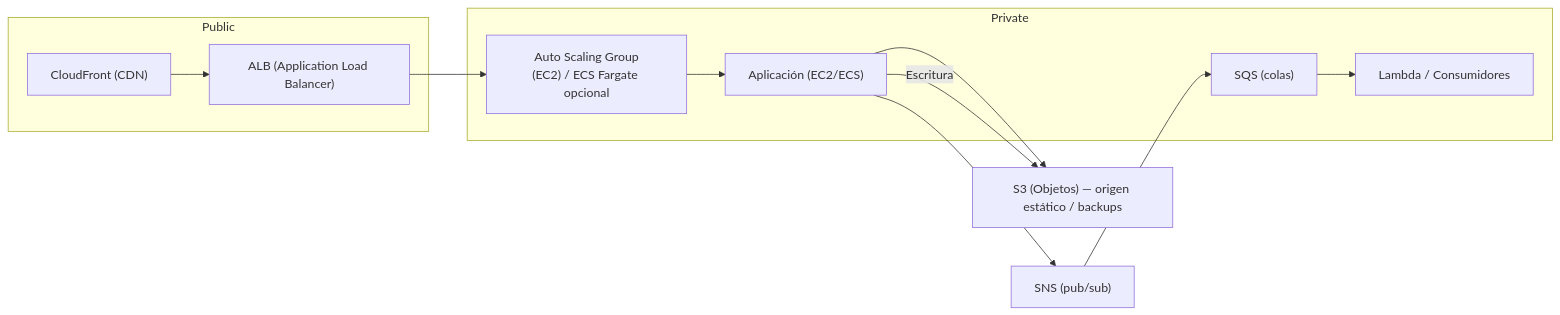
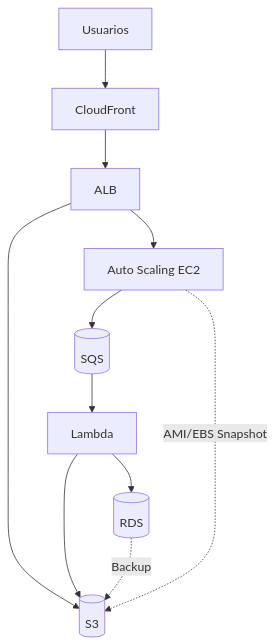
Before and after one commit to TheNefelin/TalentoDigital_CloudArchitecture_2025: the first of 2 diagrams in Portafolio/M5/Portafolio_Arquitecturas_Cloud_básicas.md, drawn with Mermaid. The commit also changed other lines of this file, not shown here.

````diff
--- a/Portafolio/M5/Portafolio_Arquitecturas_Cloud_básicas.md
+++ b/Portafolio/M5/Portafolio_Arquitecturas_Cloud_básicas.md
@@ -15,24 +47,13 @@
 ```mermaid
-flowchart LR
-  subgraph Public
-    ALB["ALB (Application Load Balancer)"]
-    CF["CloudFront (CDN)"]
-  end
-  subgraph Private
-    ASG["Auto Scaling Group\n(EC2) / ECS Fargate opcional"]
-    App["Aplicación (EC2/ECS) "]
-    SQS["SQS (colas)"]
-    Lambda["Lambda / Consumidores"]
-  end
-  S3["S3 (Objetos) — origen estático / backups"]
-  SNS["SNS (pub/sub)"]
-
-  CF --> ALB
-  ALB --> ASG
-  ASG --> App
-  App --> S3
-  App --> SNS
-  SNS --> SQS
-  SQS --> Lambda
-  App -->|Escritura| S3
+graph TD
+  U[Usuarios] --> CF[CloudFront]
+  CF --> ALB[ALB]
+  ALB --> ASG[Auto Scaling EC2]
+  ALB --> S3[(S3)]
+  ASG --> SQS[(SQS)]
+  SQS --> Lambda[Lambda]
+  Lambda --> RDS[(RDS)]
+  Lambda --> S3
+  RDS -.Backup.-> S3
+  ASG -.AMI/EBS Snapshot.-> S3
 ```
````
